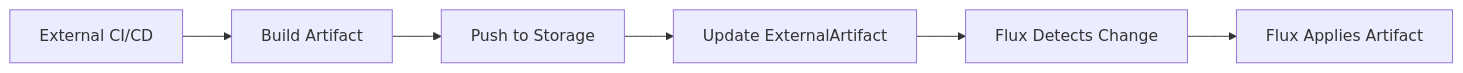
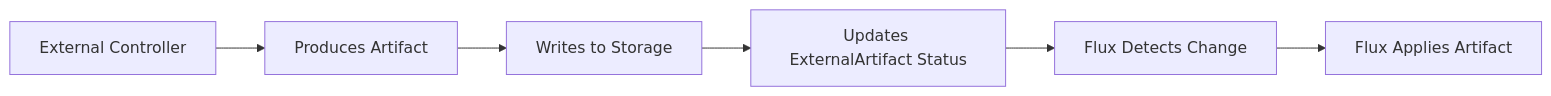
The diagram in posts/2026-03-06-use-externalartifact-resource-flux-cd/README.md (OneUptime/blog), drawn with Mermaid before and after one commit. The commit also changed other lines of this file and 267 other files, not shown here.

````diff
--- a/posts/2026-03-06-use-externalartifact-resource-flux-cd/README.md
+++ b/posts/2026-03-06-use-externalartifact-resource-flux-cd/README.md
@@ -25,8 +25,8 @@
 ```mermaid
 graph LR
-    A[External CI/CD] --> B[Build Artifact]
-    B --> C[Push to Storage]
-    C --> D[Update ExternalArtifact]
+    A[External Controller] --> B[Produces Artifact]
+    B --> C[Writes to Storage]
+    C --> D[Updates ExternalArtifact Status]
     D --> E[Flux Detects Change]
     E --> F[Flux Applies Artifact]
 ```
````
